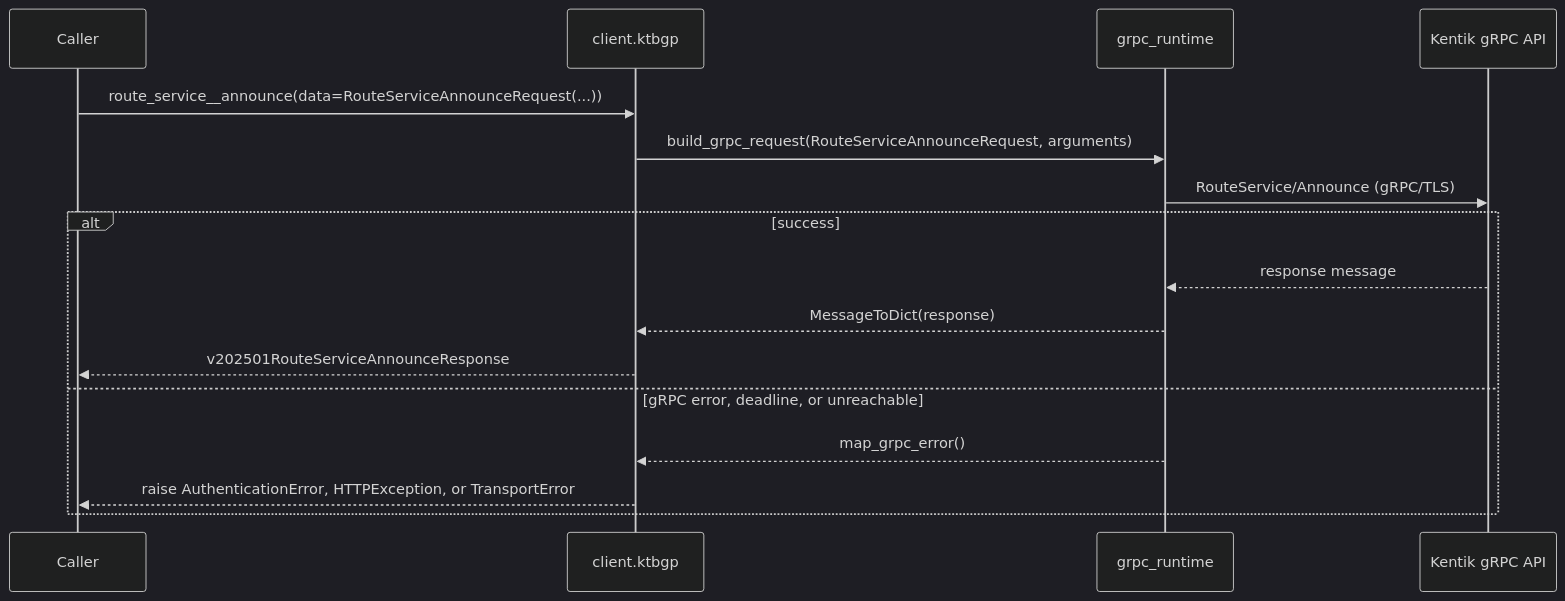
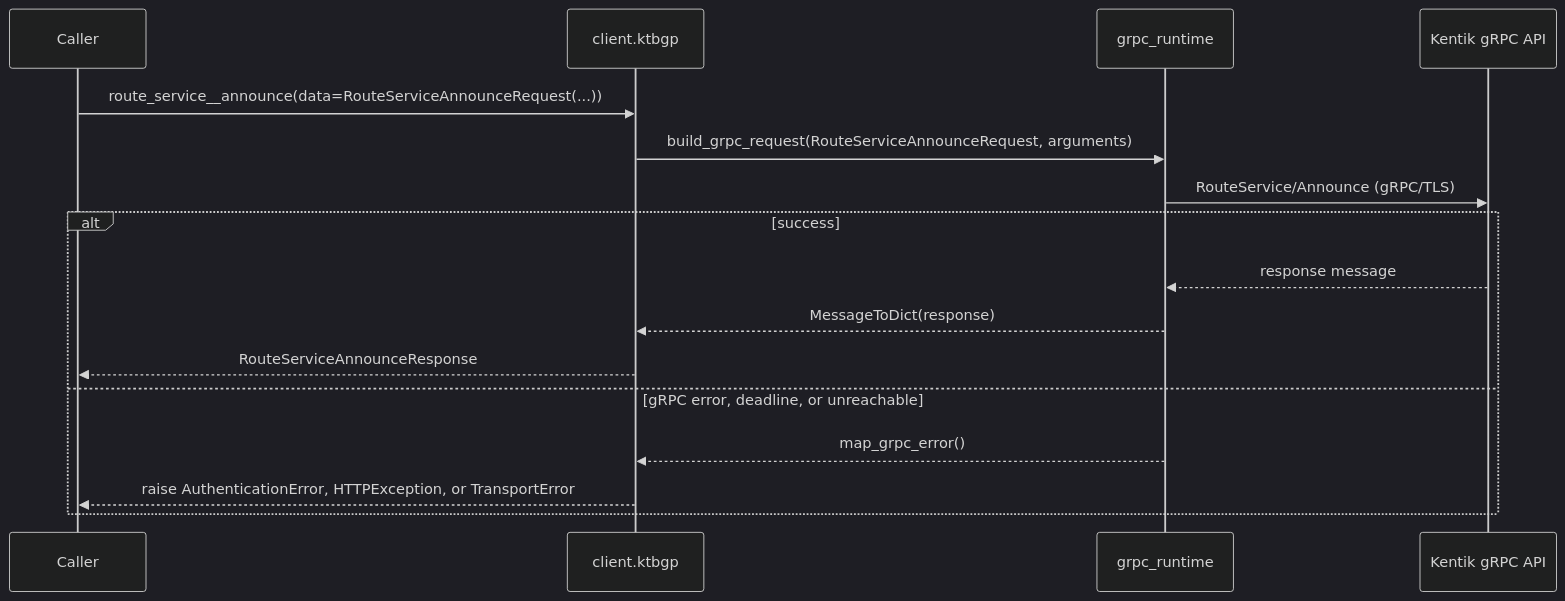
The third of 8 diagrams in docs/sphinx/services/ktbgp.md (alexdearaujo/community_sdk_python), drawn with Mermaid (dark theme) before and after one commit. The commit also changed other lines of this file and 38 other files, not shown here.

````diff
--- a/docs/sphinx/services/ktbgp.md
+++ b/docs/sphinx/services/ktbgp.md
@@ -57,19 +57,19 @@
 ```mermaid
 sequenceDiagram
     participant C as Caller
     participant W as client.ktbgp
     participant R as grpc_runtime
     participant API as Kentik gRPC API
 
     C->>W: route_service__announce(data=RouteServiceAnnounceRequest(...))
     W->>R: build_grpc_request(RouteServiceAnnounceRequest, arguments)
     R->>API: RouteService/Announce (gRPC/TLS)
     alt success
         API-->>R: response message
         R-->>W: MessageToDict(response)
-        W-->>C: v202501RouteServiceAnnounceResponse
+        W-->>C: RouteServiceAnnounceResponse
     else gRPC error, deadline, or unreachable
         R-->>W: map_grpc_error()
         W-->>C: raise AuthenticationError, HTTPException, or TransportError
     end
 ```
````
